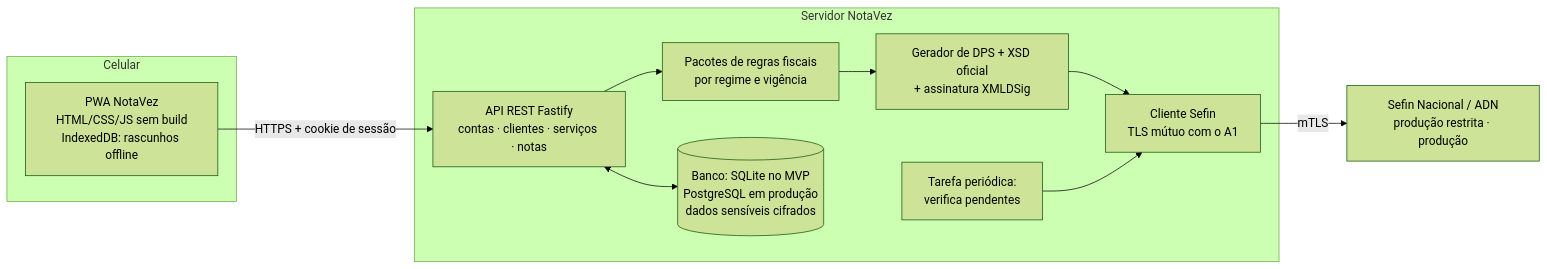
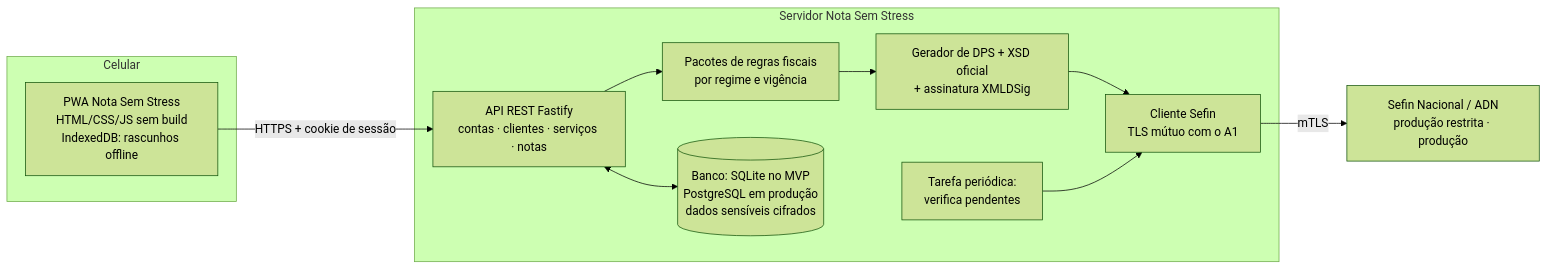
One commit to fredabsd-svg/NotaVez changed the first of 4 diagrams in docs/03-dados-e-integracao.md. Above: the diagram before and after it, drawn with Mermaid (forest theme). The commit also changed other lines of this file and 57 other files, not shown here.

First line of the commit message:
Renomeia o app de NotaVez para Nota Sem Stress

````diff
--- a/docs/03-dados-e-integracao.md
+++ b/docs/03-dados-e-integracao.md
@@ -5,19 +5,19 @@
 ```mermaid
 flowchart LR
   subgraph Celular
-    PWA[PWA NotaVez<br/>HTML/CSS/JS sem build<br/>IndexedDB: rascunhos offline]
+    PWA[PWA Nota Sem Stress<br/>HTML/CSS/JS sem build<br/>IndexedDB: rascunhos offline]
   end
-  subgraph Servidor NotaVez
+  subgraph Servidor Nota Sem Stress
     API[API REST Fastify<br/>contas · clientes · serviços · notas]
     REG[Pacotes de regras fiscais<br/>por regime e vigência]
     DPS[Gerador de DPS + XSD oficial<br/>+ assinatura XMLDSig]
     SEF[Cliente Sefin<br/>TLS mútuo com o A1]
     DB[(Banco: SQLite no MVP<br/>PostgreSQL em produção<br/>dados sensíveis cifrados)]
     JOB[Tarefa periódica:<br/>verifica pendentes]
   end
   RFB[Sefin Nacional / ADN<br/>produção restrita · produção]
   PWA -- HTTPS + cookie de sessão --> API
   API --> REG --> DPS --> SEF -- mTLS --> RFB
   API <--> DB
   JOB --> SEF
 ```
````
